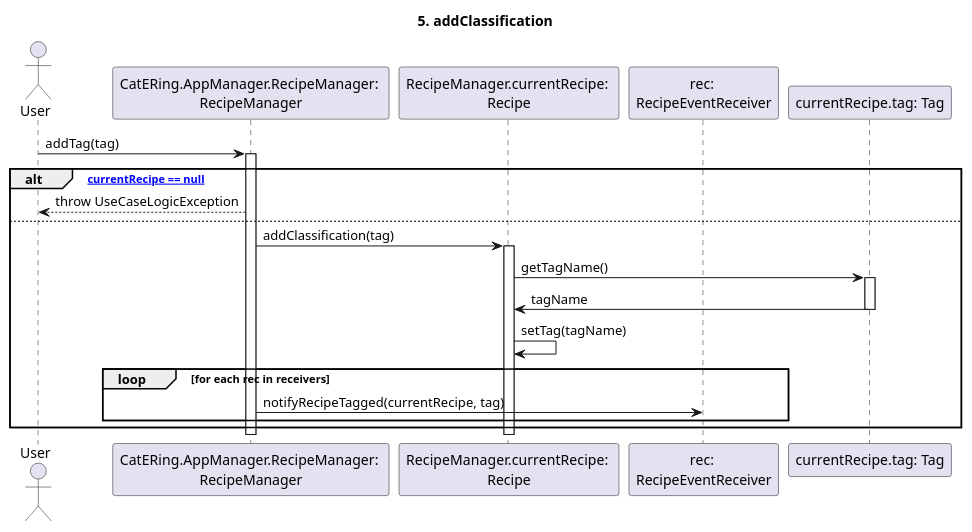
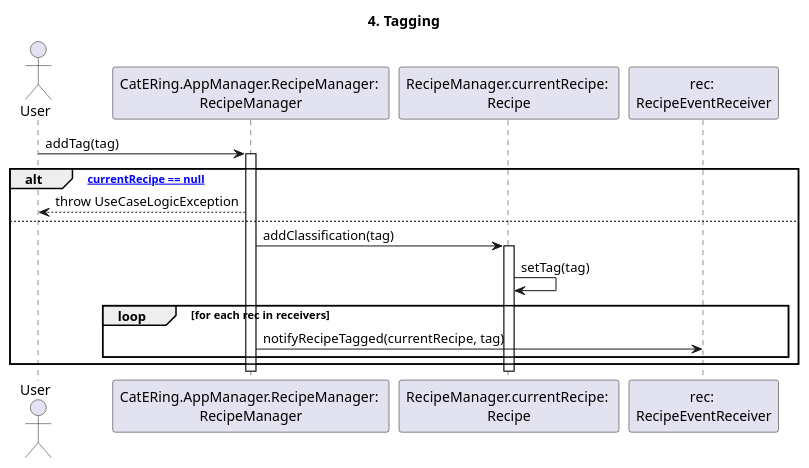
Before and after one commit to m0canu1/sas: the diagram in dsd/dsd-ricette/4-tagging.md, drawn with PlantUML. The commit also changed 2 other files, not shown here.

Commit message:
corretti

````diff
--- a/dsd/dsd-ricette/4-tagging.md
+++ b/dsd/dsd-ricette/4-tagging.md
@@ -1,32 +1,28 @@
 ```plantuml
 
-title: 5. addClassification
+title: 4. Tagging
 
 Actor User
 Participant "CatERing.AppManager.RecipeManager: \nRecipeManager" as RM
 Participant "RecipeManager.currentRecipe: \nRecipe" as CR
 Participant "rec: \nRecipeEventReceiver" as RER
 
 User -> RM: addTag(tag)
 Activate RM
 
 alt ["currentRecipe == null"]
 	RM --> User: throw UseCaseLogicException
 else
 	RM -> CR: addClassification(tag)
 	Activate CR
 
-	CR -> "currentRecipe.tag: Tag": getTagName()
-	Activate "currentRecipe.tag: Tag"
-	"currentRecipe.tag: Tag" -> CR: tagName
-	Deactivate "currentRecipe.tag: Tag"
-	CR -> CR: setTag(tagName)
+	CR -> CR: setTag(tag)
 	loop for each rec in receivers
 		RM -> RER: notifyRecipeTagged(currentRecipe, tag)
 	end
 end
 Deactivate CR
 Deactivate RM
 
 
 ```
````
